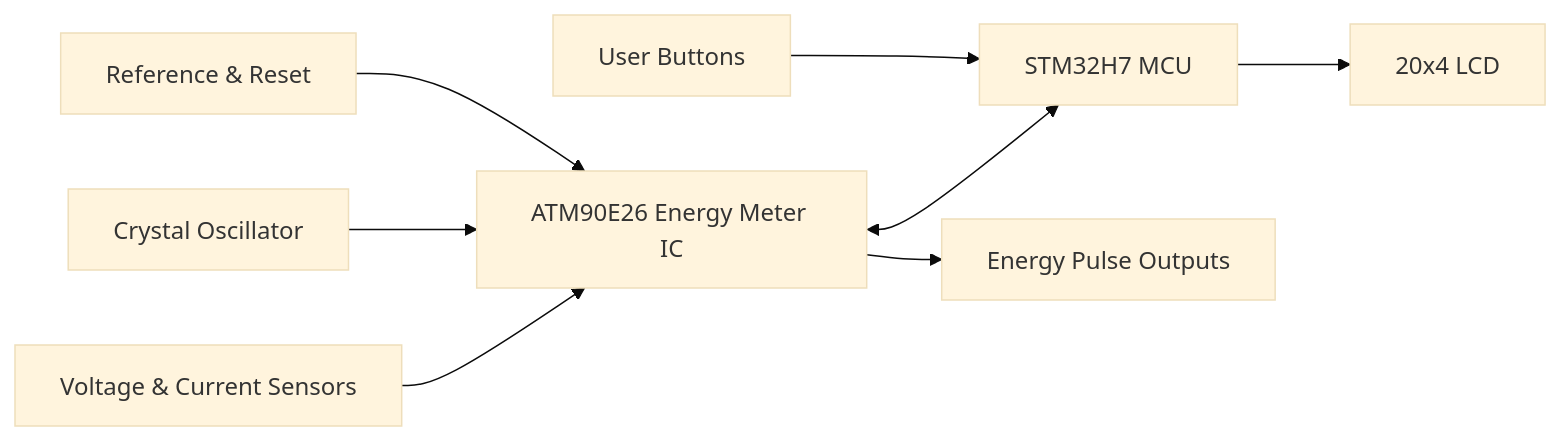
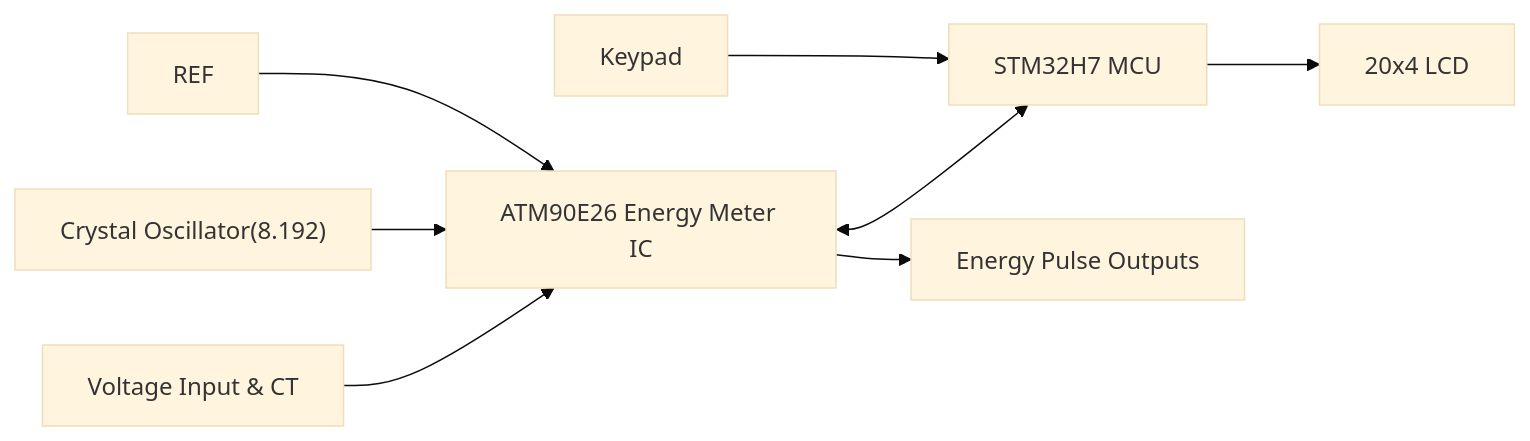
The diagram in README.md (vaishnavgophane/STM32H7-ATM90E26-ENERGY-METER), drawn with Mermaid (base theme) before and after one commit.

````diff
--- a/README.md
+++ b/README.md
@@ -32,22 +32,21 @@
 ```mermaid
 flowchart LR
 
-    Sensors["Voltage & Current Sensors"]
+    Sensors["Voltage Input & CT"]
     ATM["ATM90E26 Energy Meter IC"]
     MCU["STM32H7 MCU"]
     LCD["20x4 LCD"]
-    KEYS["User Buttons"]
-    XTAL["Crystal Oscillator"]
-    REF["Reference & Reset"]
+    KEYS["Keypad"]
+    XTAL["Crystal Oscillator(8.192)"]
     PULSE["Energy Pulse Outputs"]
 
     Sensors --> ATM
     XTAL --> ATM
     REF --> ATM
 
     ATM <--> MCU
 
     ATM --> PULSE
     MCU --> LCD
     KEYS --> MCU
 ```
````
